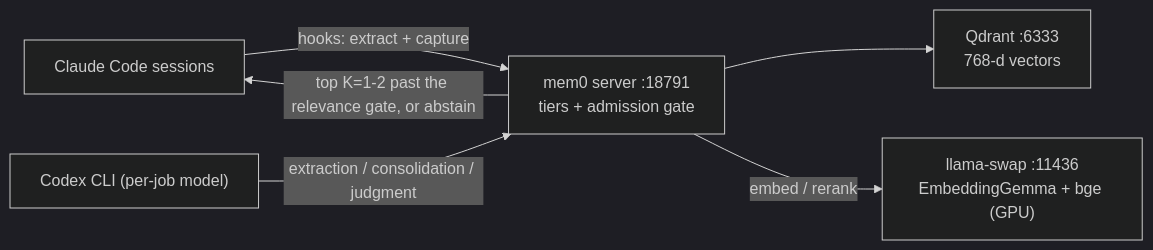
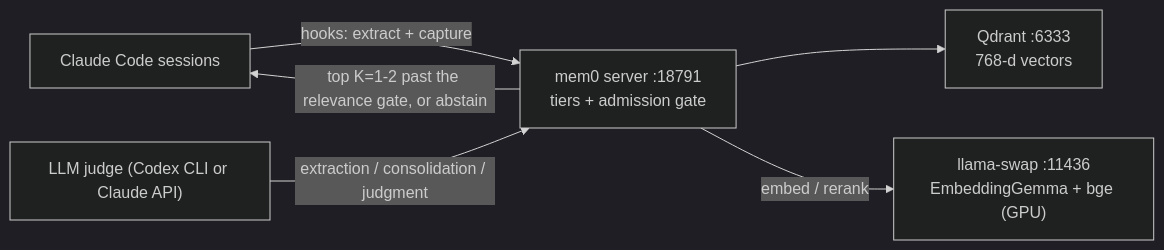
Before and after one commit to dmmdea/agentic-memory-stack-for-claude-code: the diagram in README.md, drawn with Mermaid (dark theme). The commit also changed other lines of this file and 70 other files, not shown here.

````diff
--- a/README.md
+++ b/README.md
@@ -19,8 +19,8 @@
 ```mermaid
 flowchart LR
     A["Claude Code sessions"] -->|"hooks: extract + capture"| B["mem0 server :18791<br/>tiers + admission gate"]
     B --> C["Qdrant :6333<br/>768-d vectors"]
     B -->|"embed / rerank"| D["llama-swap :11436<br/>EmbeddingGemma + bge (GPU)"]
-    E["Codex CLI (per-job model)"] -->|"extraction / consolidation / judgment"| B
+    E["LLM judge (Codex CLI or Claude API)"] -->|"extraction / consolidation / judgment"| B
     B -->|"top K=1-2 past the relevance gate, or abstain"| A
 ```
````
